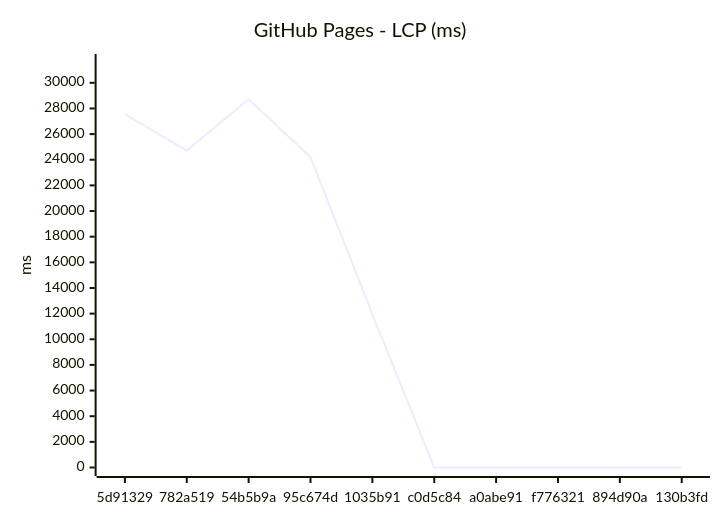
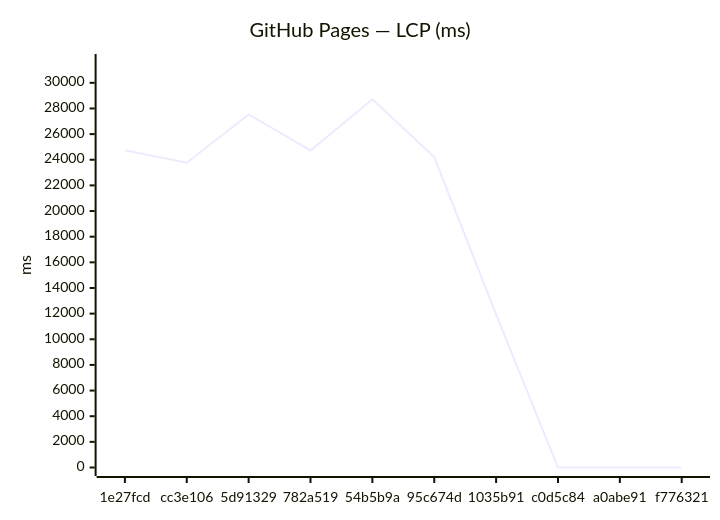
One commit to Metaheurist/Rianell changed the third of 18 diagrams in benchmarks/compare.md. Above: the diagram before and after it, drawn with Mermaid. The commit also changed other lines of this file and 12 other files, not shown here.

````diff
--- a/benchmarks/compare.md
+++ b/benchmarks/compare.md
@@ -54,7 +54,7 @@
 ```mermaid
 xychart-beta
-    title "GitHub Pages - LCP (ms)"
-    x-axis ["5d91329", "782a519", "54b5b9a", "95c674d", "1035b91", "c0d5c84", "a0abe91", "f776321", "894d90a", "130b3fd"]
+    title "GitHub Pages — LCP (ms)"
+    x-axis ["1e27fcd", "cc3e106", "5d91329", "782a519", "54b5b9a", "95c674d", "1035b91", "c0d5c84", "a0abe91", "f776321"]
     y-axis "ms" 0 --> 31584
-    line [27536, 24725, 28712, 24213, 11936, 0, 0, 0, 0, 0]
+    line [24744, 23765, 27536, 24725, 28712, 24213, 11936, 0, 0, 0]
 ```
````
